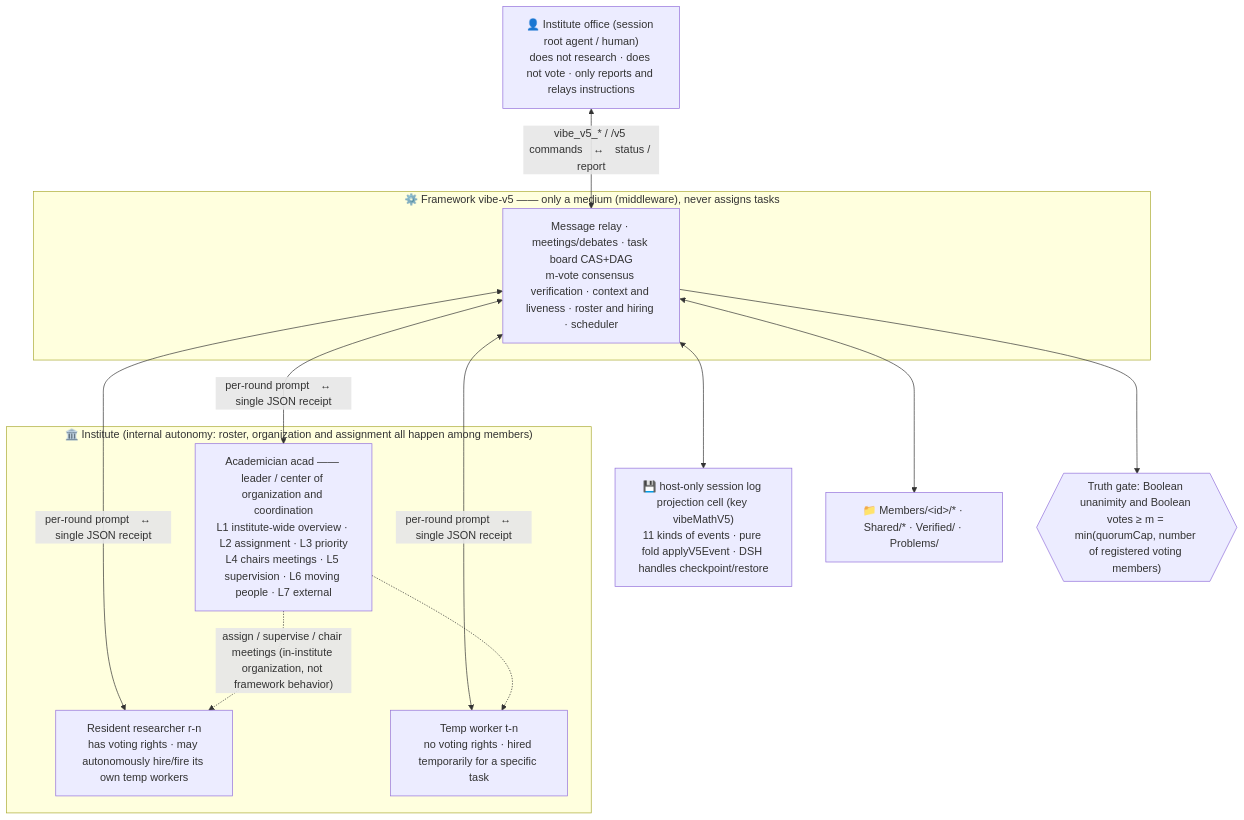
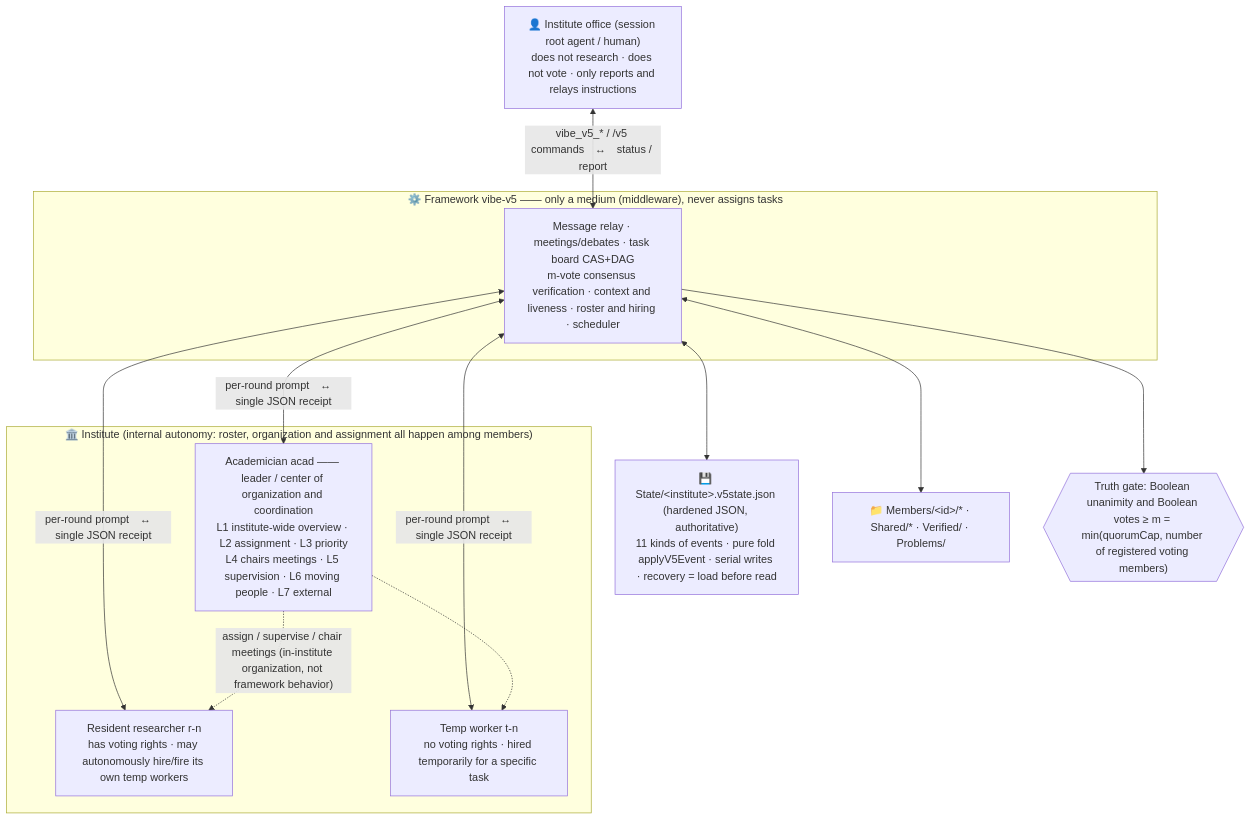
Before and after one commit to ChongCyrus/Vibe-Mathematics: the diagram in README.en.md, drawn with Mermaid. The commit also changed other lines of this file and 34 other files, not shown here.

````diff
--- a/README.en.md
+++ b/README.en.md
@@ -71,24 +71,24 @@
 ```mermaid
 flowchart TB
     OFF["👤 Institute office (session root agent / human)<br/>does not research · does not vote · only reports and relays instructions"]
     subgraph INST["🏛️ Institute (internal autonomy: roster, organization and assignment all happen among members)"]
         ACAD["Academician acad —— leader / center of organization and coordination<br/>L1 institute-wide overview · L2 assignment · L3 priority<br/>L4 chairs meetings · L5 supervision · L6 moving people · L7 external"]
         RES["Resident researcher r-n<br/>has voting rights · may autonomously hire/fire its own temp workers"]
         TMP["Temp worker t-n<br/>no voting rights · hired temporarily for a specific task"]
     end
     subgraph FW["⚙️ Framework vibe-v5 —— only a medium (middleware), never assigns tasks"]
         M["Message relay · meetings/debates · task board CAS+DAG<br/>m-vote consensus verification · context and liveness · roster and hiring · scheduler"]
     end
-    PROJ["💾 host-only session log projection cell (key vibeMathV5)<br/>11 kinds of events · pure fold applyV5Event · DSH handles checkpoint/restore"]
+    PROJ["💾 State/&lt;institute&gt;.v5state.json (hardened JSON, authoritative)<br/>11 kinds of events · pure fold applyV5Event · serial writes · recovery = load before read"]
     FS["📁 Members/&lt;id&gt;/* · Shared/* · Verified/ · Problems/"]
     RULE{{"Truth gate: Boolean unanimity and Boolean votes ≥ m = min(quorumCap, number of registered voting members)"}}
     OFF <-->|"vibe_v5_* / /v5 commands　↔　status / report"| M
     M <-->|"per-round prompt　↔　single JSON receipt"| ACAD
     M <-->|"per-round prompt　↔　single JSON receipt"| RES
     M <-->|"per-round prompt　↔　single JSON receipt"| TMP
     ACAD -.->|"assign / supervise / chair meetings (in-institute organization, not framework behavior)"| RES
     ACAD -.-> TMP
     M <--> PROJ
     M <--> FS
     M --> RULE
 ```
````
